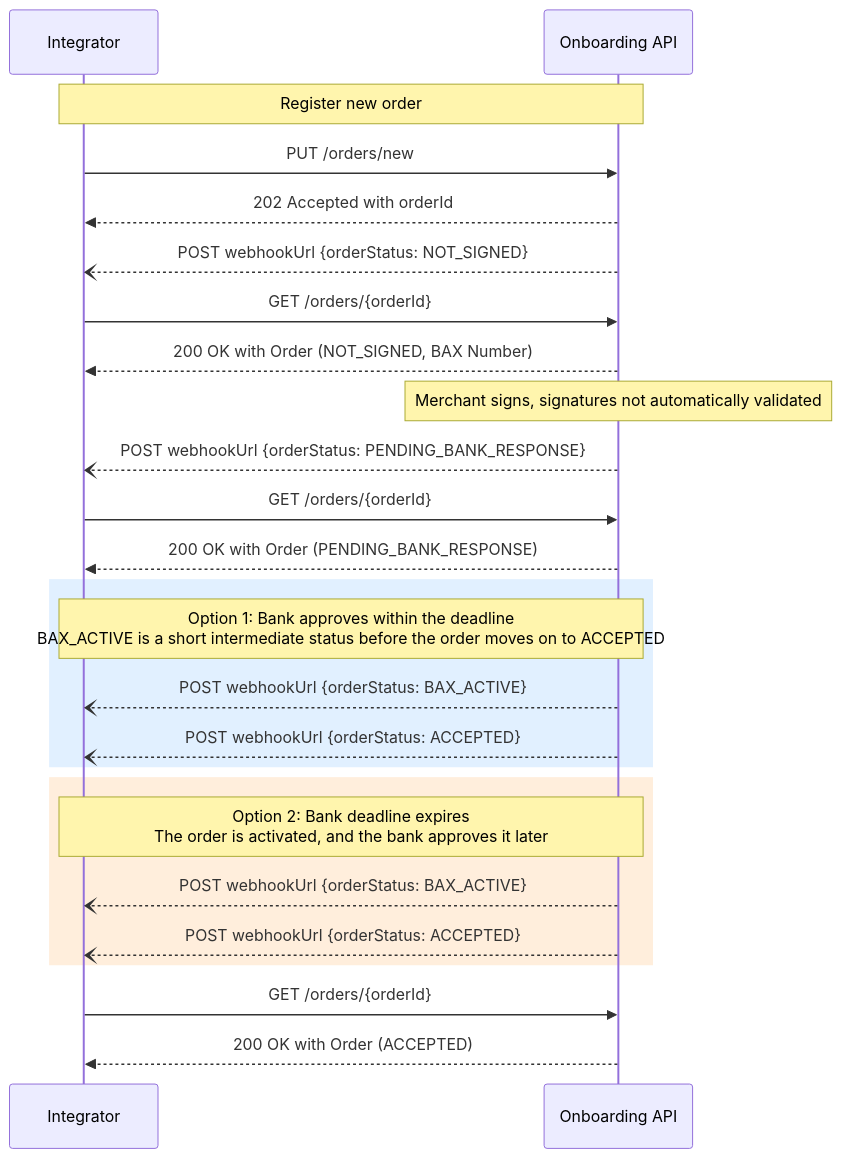
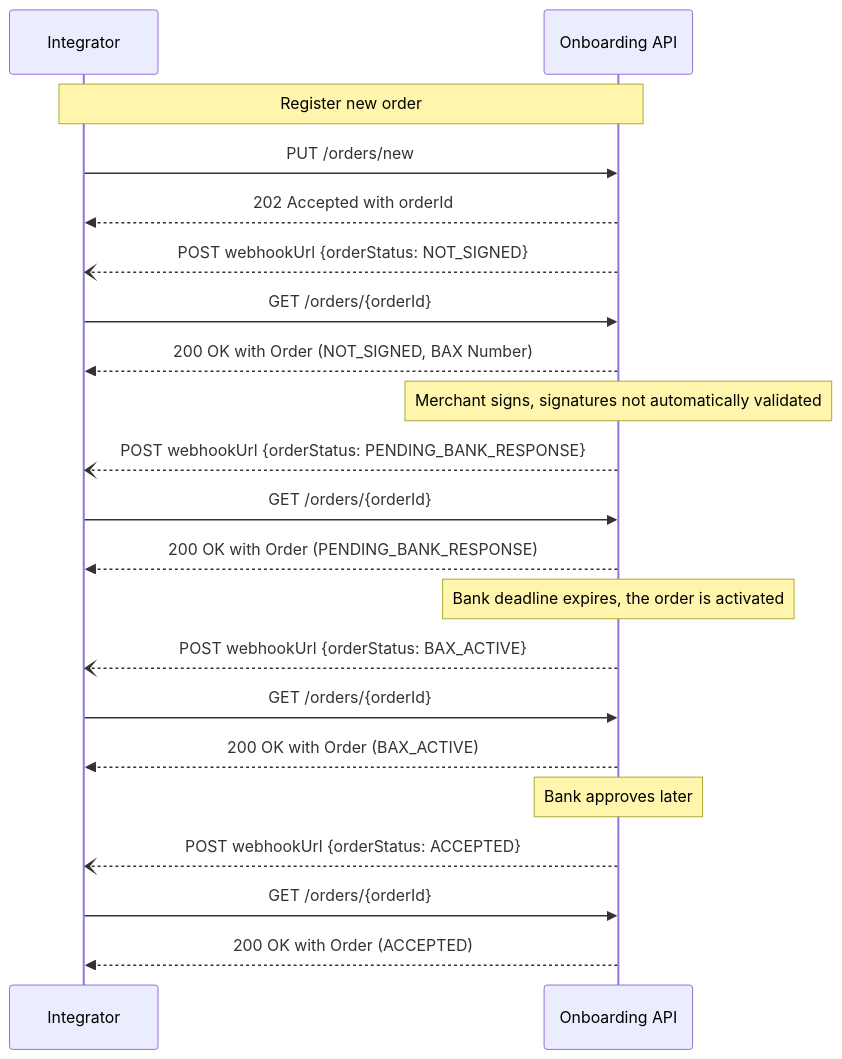
The fourth of 9 diagrams in docs/prod_flows.md (BankAxept/bankaxept-onboarding-external-documentation), drawn with Mermaid before and after one commit. The commit also changed other lines of this file and 1 other file, not shown here.

````diff
--- a/docs/prod_flows.md
+++ b/docs/prod_flows.md
@@ -61,31 +93,28 @@
-```mermaid
-sequenceDiagram
-participant I as Integrator
-participant O as Onboarding API
+    ```mermaid
+    sequenceDiagram
+    participant I as Integrator
+    participant O as Onboarding API
 
-note over I, O: Register new order
-I ->> O: PUT /orders/new
-O -->> I: 202 Accepted with orderId
+    note over I, O: Register new order
+    I ->> O: PUT /orders/new
+    O -->> I: 202 Accepted with orderId
 
-O --) I: POST webhookUrl {orderStatus: NOT_SIGNED}
-I ->> O : GET /orders/{orderId}
-O -->> I: 200 OK with Order (NOT_SIGNED, BAX Number)
+    O --) I: POST webhookUrl {orderStatus: NOT_SIGNED}
+    I ->> O : GET /orders/{orderId}
+    O -->> I: 200 OK with Order (NOT_SIGNED, BAX Number)
 
-note over O: Merchant signs, signatures not automatically validated
-O --) I: POST webhookUrl {orderStatus: PENDING_BANK_RESPONSE}
-I ->> O : GET /orders/{orderId}
-O -->> I: 200 OK with Order (PENDING_BANK_RESPONSE)
+    note over O: Merchant signs, signatures not automatically validated
+    O --) I: POST webhookUrl {orderStatus: PENDING_BANK_RESPONSE}
+    I ->> O : GET /orders/{orderId}
+    O -->> I: 200 OK with Order (PENDING_BANK_RESPONSE)
 
-rect rgb(225, 240, 255)
-note over I, O: Option 1: Bank approves within the deadline <br/> BAX_ACTIVE is a short intermediate status before the order moves on to ACCEPTED
-O --) I: POST webhookUrl {orderStatus: BAX_ACTIVE}
-O --) I: POST webhookUrl {orderStatus: ACCEPTED}
-end
-rect rgb(255, 238, 220)
-note over I, O: Option 2: Bank deadline expires <br/> The order is activated, and the bank approves it later
-O --) I: POST webhookUrl {orderStatus: BAX_ACTIVE}
-O --) I: POST webhookUrl {orderStatus: ACCEPTED}
-end
-I ->> O : GET /orders/{orderId}
-O -->> I: 200 OK with Order (ACCEPTED)
-```
+    note over O: Bank deadline expires, the order is activated
+    O --) I: POST webhookUrl {orderStatus: BAX_ACTIVE}
+    I ->> O : GET /orders/{orderId}
+    O -->> I: 200 OK with Order (BAX_ACTIVE)
+
+    note over O: Bank approves later
+    O --) I: POST webhookUrl {orderStatus: ACCEPTED}
+    I ->> O : GET /orders/{orderId}
+    O -->> I: 200 OK with Order (ACCEPTED)
+    ```
````
